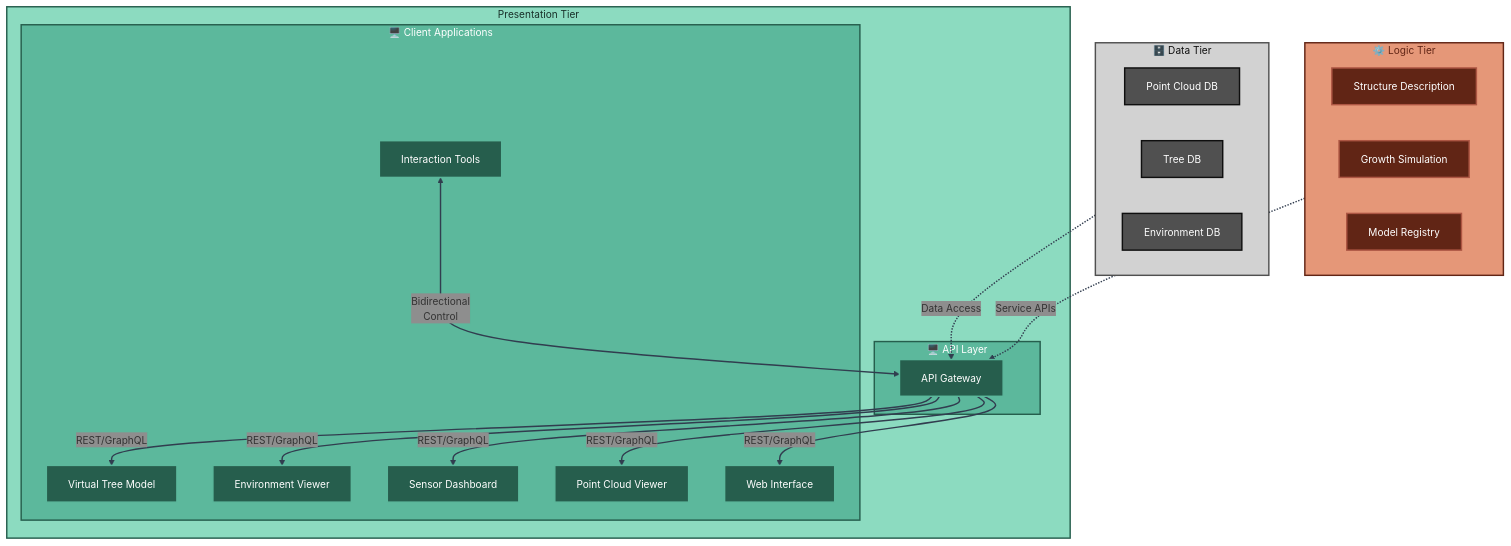
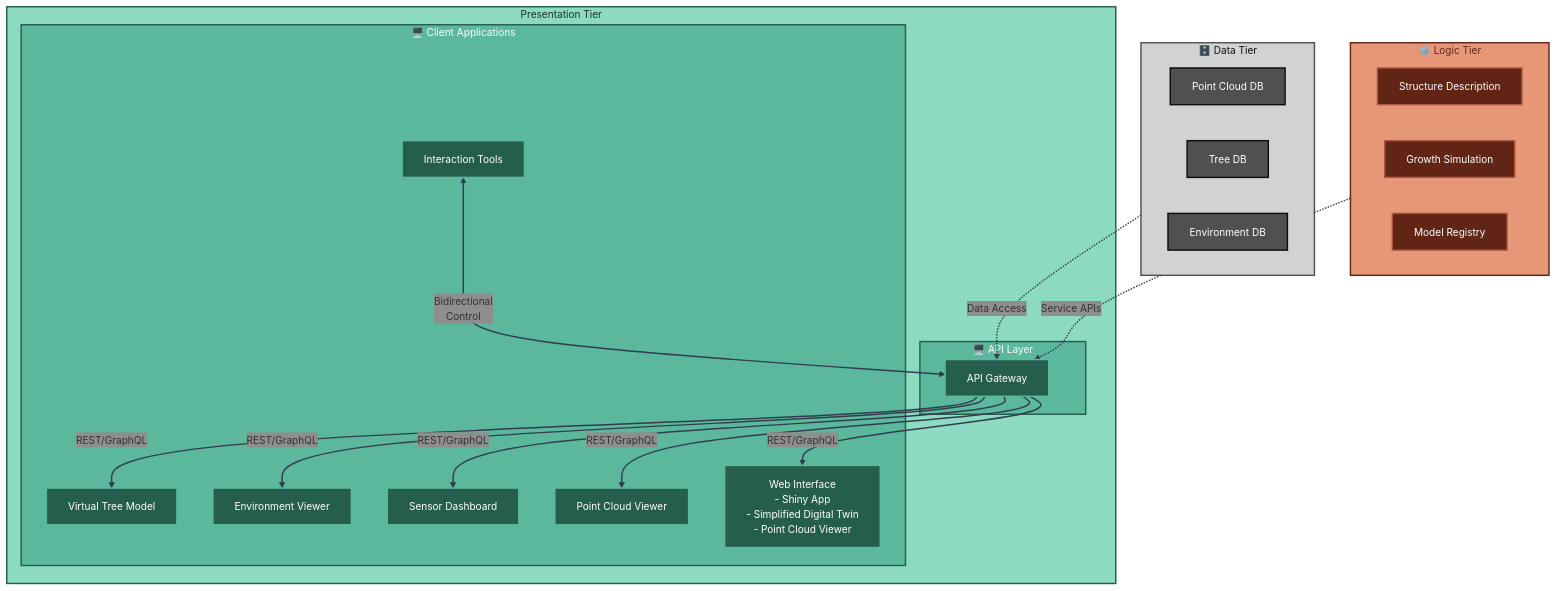
The fourth of 4 diagrams in docs/architecture/detailed-architecture.md (XRFutureForests/digital-twin-db), drawn with Mermaid before and after one commit. The commit also changed other lines of this file and 28 other files, not shown here.

````diff
--- a/docs/architecture/detailed-architecture.md
+++ b/docs/architecture/detailed-architecture.md
@@ -362,65 +363,65 @@
 ```mermaid
 %%{
 init: {
 'theme': 'base',
 'themeVariables': {
 'fontSize': '14px',
 'secondaryColor': '#8e8e8e'
 }
 }
 }%%
 flowchart TB
 subgraph DATA_REF["🗄️ Data Tier"]
 DB1[Point Cloud DB]
 DB2[Tree DB]
 DB3[Environment DB]
 end
 
 subgraph LOGIC_REF["⚙️ Logic Tier"]
 DT1[Structure Description]
 DT2[Growth Simulation]
 MR[Model Registry]
 end
 
 subgraph PRESENTATION_TIER["Presentation Tier"]
 subgraph GATEWAY["🖥️ API Layer"]
 APIGW[API Gateway]
 end
 
 subgraph CLIENTS["🖥️ Client Applications"]
 XR1[Virtual Tree Model]
 XR2[Environment Viewer]
 XR3[Sensor Dashboard]
 XR4[Point Cloud Viewer]
-W1[Web Interface]
+W1[Web Interface<br>  - Shiny App<br>  - Simplified Digital Twin<br>   - Point Cloud Viewer]
 I1[Interaction Tools]
 end
 end
 
 DATA_REF -.->|Data Access| APIGW
 LOGIC_REF -.->|Service APIs| APIGW
 APIGW -->|REST/GraphQL| XR1
 APIGW -->|REST/GraphQL| XR2
 APIGW -->|REST/GraphQL| XR3
 APIGW -->|REST/GraphQL| XR4
 APIGW -->|REST/GraphQL| W1
 I1 <-->|Bidirectional<br/>Control| APIGW
 
 classDef presentationBack fill:#8cdbc0,stroke:#265e4d,stroke-width:2px,color:#183029
 classDef dataTier fill:#d2d2d2,stroke:#505050,stroke-width:2px,color:#0f0f0f
 classDef logicTier fill:#e59778,stroke:#612515,stroke-width:2px,color:#612515
 classDef presentationTier fill:#5cb89c,stroke:#265e4d,stroke-width:2px,color:#ffffff
 classDef dataNode fill:#505050,stroke:#0f0f0f,stroke-width:2px,color:#ffffff
 classDef logicNode fill:#612515,stroke:#ad5643,stroke-width:2px,color:#ffffff
 classDef presentationNode fill:#265e4d,stroke:#5cb89c,stroke-width:2px,color:#ffffff
 
 class PRESENTATION_TIER presentationBack
 class DATA_REF dataTier
 class DB1,DB2,DB3 dataNode
 class LOGIC_REF logicTier
 class DT1,DT2,MR logicNode
 class GATEWAY,CLIENTS presentationTier
 class APIGW,XR1,XR2,XR3,XR4,W1,I1 presentationNode
 
 linkStyle 0,1,2,3,4,5,6,7 stroke:#313d4f,stroke-width:2px
 ```
````
